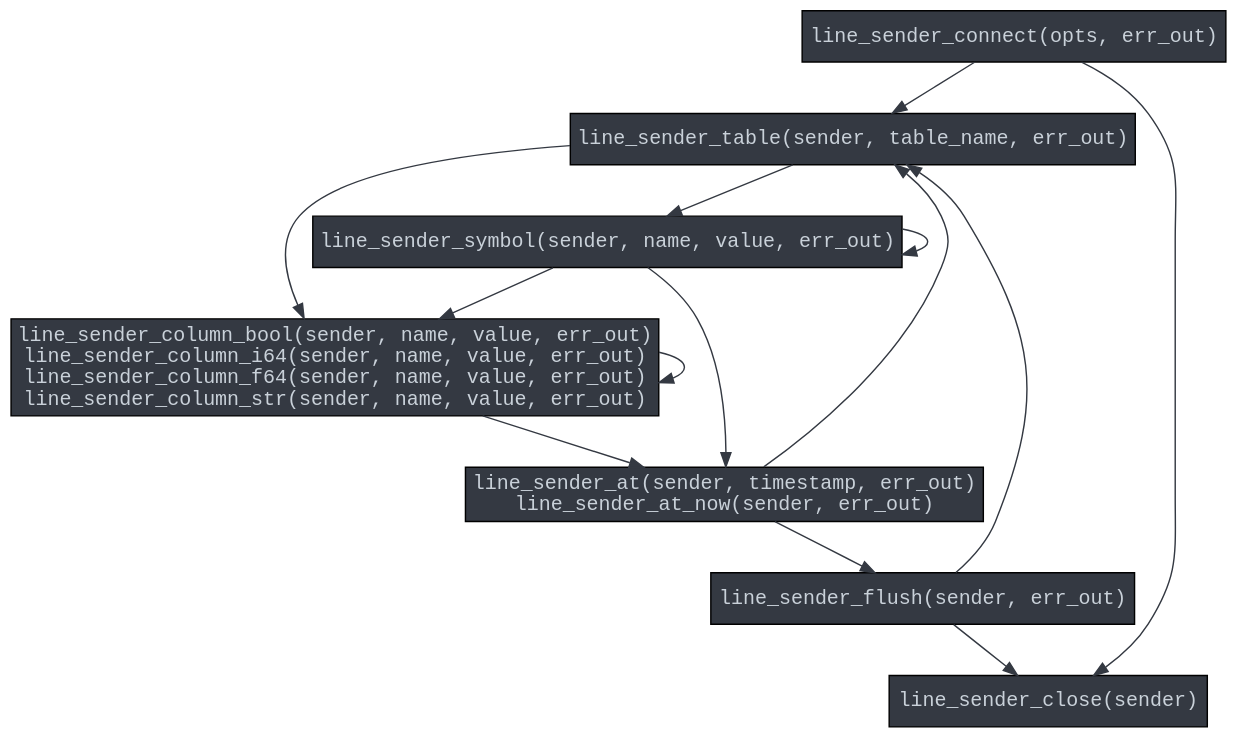
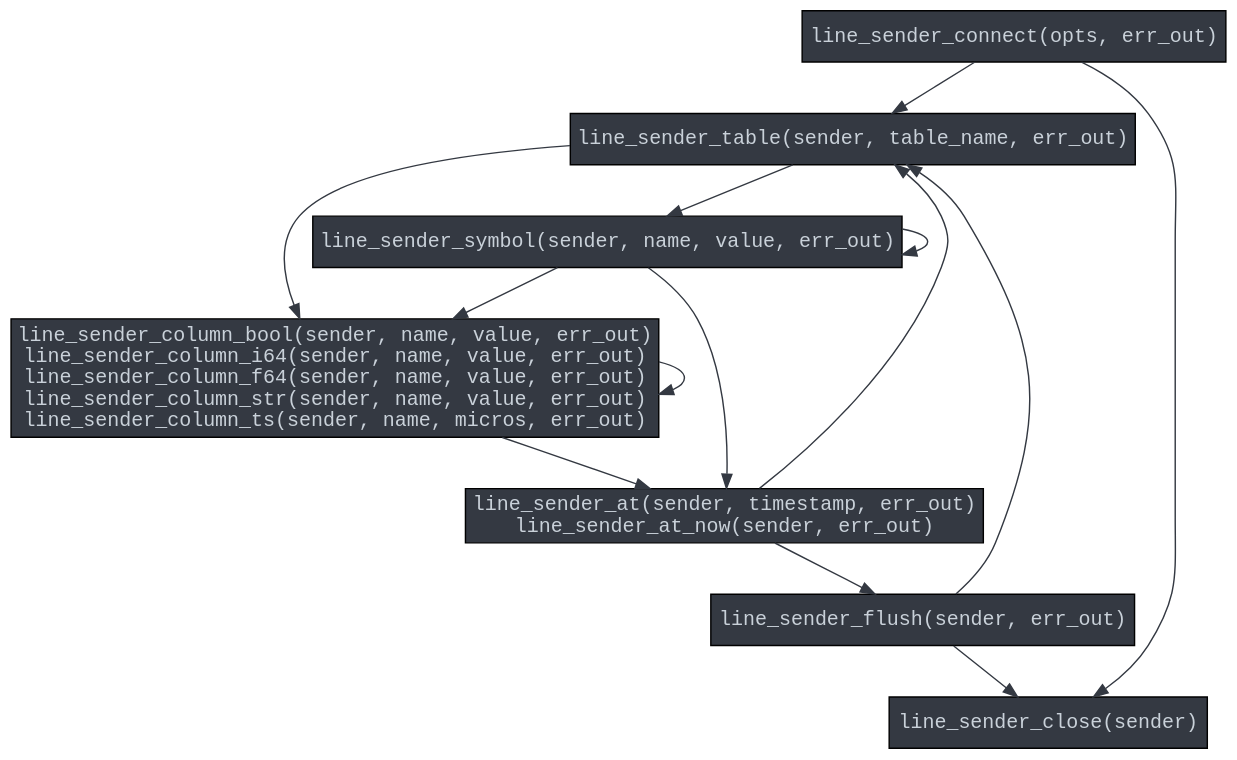
Before and after one commit to questdb/c-questdb-client: the diagram in api_seq/c.dot, drawn with Graphviz. The commit also changed 1 other file, not shown here.

Commit message:
Updated diagrams.

```diff
--- a/api_seq/c.dot
+++ b/api_seq/c.dot
@@ -1,34 +1,35 @@
 digraph line_sender_c_api {
 
   graph [bgcolor=transparent];
   node [style=filled, shape=box, fillcolor="#343942", fontcolor="#C9D1D9", fontname=monospace];
   edge [color="#343942"];
 
   line_sender_connect -> line_sender_table;
   line_sender_connect -> line_sender_close;
   line_sender_table -> line_sender_symbol;
   line_sender_symbol -> line_sender_symbol;
   line_sender_symbol -> line_sender_column;
   line_sender_symbol -> line_sender_at;
   line_sender_table -> line_sender_column;
   line_sender_column -> line_sender_column;
   line_sender_column -> line_sender_at;
   line_sender_at -> line_sender_flush;
   line_sender_flush -> line_sender_close;
   line_sender_at -> line_sender_table;
   line_sender_flush -> line_sender_table;
 
   line_sender_connect [label="line_sender_connect(opts, err_out)"];
   line_sender_table [label="line_sender_table(sender, table_name, err_out)"];
   line_sender_symbol [label="line_sender_symbol(sender, name, value, err_out)"];
   line_sender_column [
       label="line_sender_column_bool(sender, name, value, err_out)
 line_sender_column_i64(sender, name, value, err_out)
 line_sender_column_f64(sender, name, value, err_out)
-line_sender_column_str(sender, name, value, err_out)"];
+line_sender_column_str(sender, name, value, err_out)
+line_sender_column_ts(sender, name, micros, err_out)"];
   line_sender_at [
       label="line_sender_at(sender, timestamp, err_out)
 line_sender_at_now(sender, err_out)"];
   line_sender_flush [label="line_sender_flush(sender, err_out)"];
   line_sender_close [label="line_sender_close(sender)"];
 }
```
